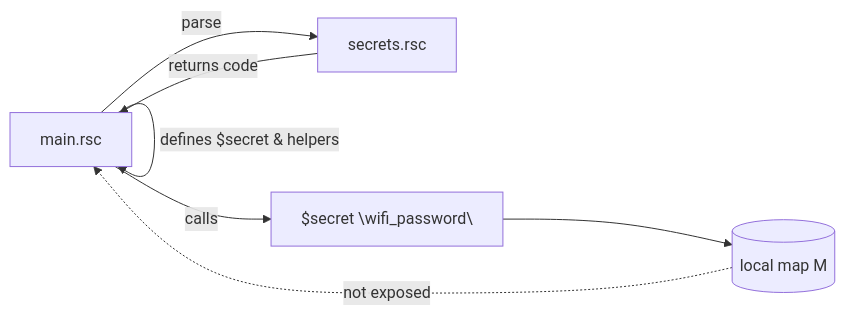
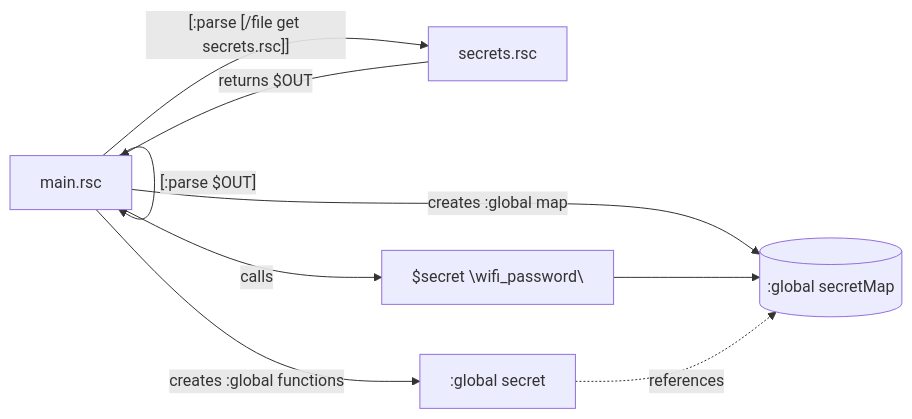
Before and after one commit to bpopovych/secjector: the diagram in README.md, drawn with Mermaid. The commit also changed other lines of this file and 8 other files, not shown here.

````diff
--- a/README.md
+++ b/README.md
@@ -77,9 +109,11 @@
 ```mermaid
 flowchart LR
-  A[main.rsc] -->|parse| B[secrets.rsc]
-  B -->|returns code| A
-  A -->|"defines $secret & helpers"| A
+  A[main.rsc] -->|"[:parse [/file get secrets.rsc]]"| B[secrets.rsc]
+  B -->|"returns $OUT"| A
+  A -->|"[:parse $OUT]"| A
+  A -->|"creates :global functions"| E[:global secret]
+  A -->|"creates :global map"| D[(:global secretMap)]
   A -->|calls| C["$secret \"wifi_password\""]
-  C --> D[(local map M)]
-  D -.not exposed.-> A
+  C --> D
+  E -.references.-> D
 ```
````
